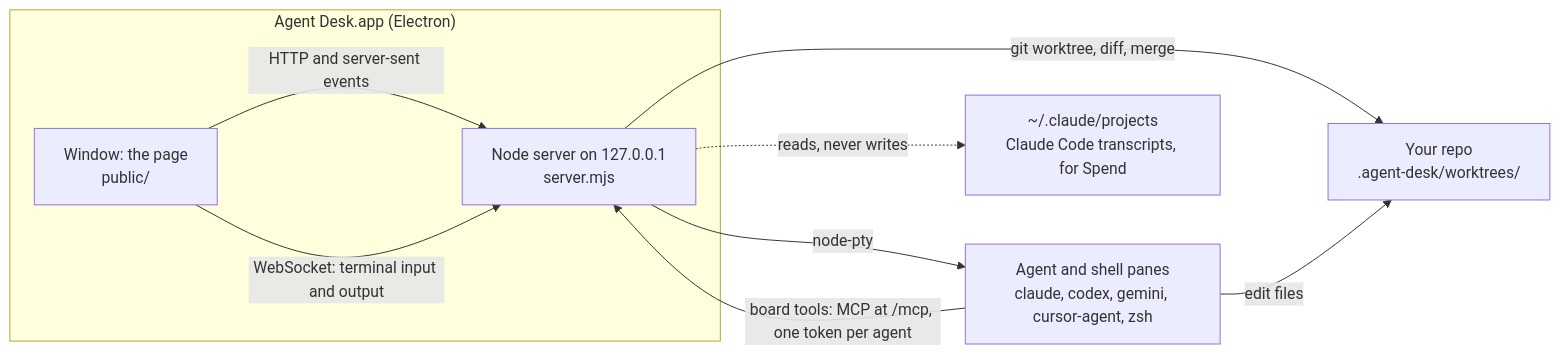
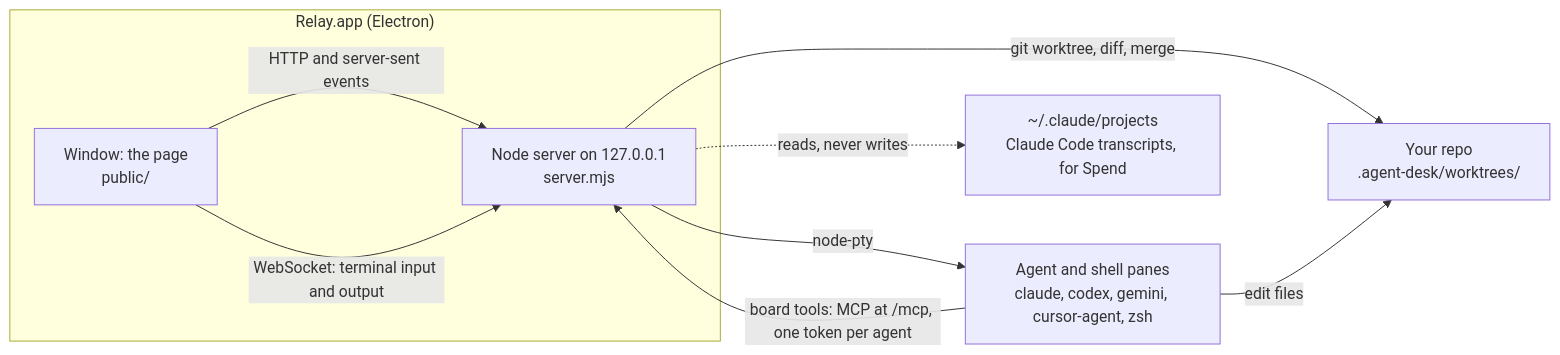
One commit to aahannp/agent-desk changed the diagram in README.md. Above: the diagram before and after it, drawn with Mermaid. The commit also changed other lines of this file and 8 other files, not shown here.

Commit message:
README: rename Agent Desk to Relay; Relay brand assets for the site (WIP)

````diff
--- a/README.md
+++ b/README.md
@@ -60,14 +72,14 @@
 ```mermaid
 flowchart LR
-  subgraph app["Agent Desk.app (Electron)"]
+  subgraph app["Relay.app (Electron)"]
     page["Window: the page<br/>public/"]
     server["Node server on 127.0.0.1<br/>server.mjs"]
   end
   page -- "HTTP and server-sent events" --> server
   page -- "WebSocket: terminal input and output" --> server
   server -- "node-pty" --> panes["Agent and shell panes<br/>claude, codex, gemini, cursor-agent, zsh"]
   panes -- "board tools: MCP at /mcp, one token per agent" --> server
   server -- "git worktree, diff, merge" --> repo["Your repo<br/>.agent-desk/worktrees/"]
   panes -- "edit files" --> repo
   server -. "reads, never writes" .-> transcripts["~/.claude/projects<br/>Claude Code transcripts, for Spend"]
 ```
````
